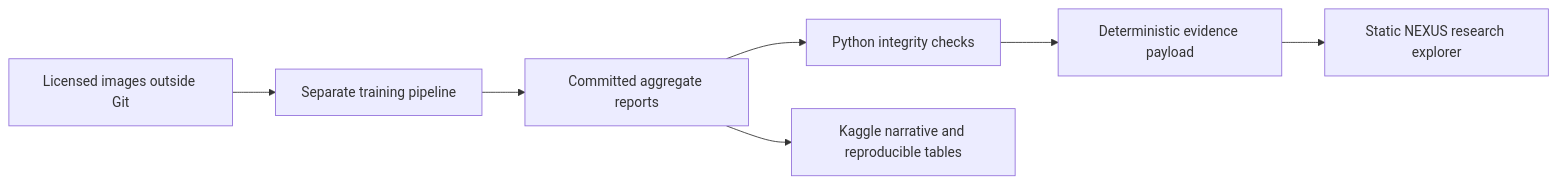
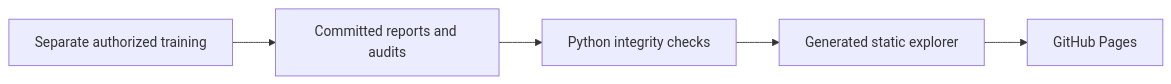
The diagram in docs/PORTFOLIO.md (senanurcetin/APTOS-2019-diabetic-retinopathy), drawn with Mermaid before and after one commit. The commit also changed other lines of this file and 18 other files, not shown here.

````diff
--- a/docs/PORTFOLIO.md
+++ b/docs/PORTFOLIO.md
@@ -62,9 +25,7 @@
 ```mermaid
 flowchart LR
-  A[Committed aggregate reports] --> B[Python integrity checks]
-  B --> C[Deterministic evidence payload]
-  C --> D[Static NEXUS research explorer]
-  A --> E[Kaggle narrative and reproducible tables]
-  F[Licensed images outside Git] --> G[Separate training pipeline]
-  G --> A
+  A[Committed reports and audits] --> B[Python integrity checks]
+  B --> C[Generated static explorer]
+  C --> D[GitHub Pages]
+  E[Separate authorized training] --> A
 ```
````
